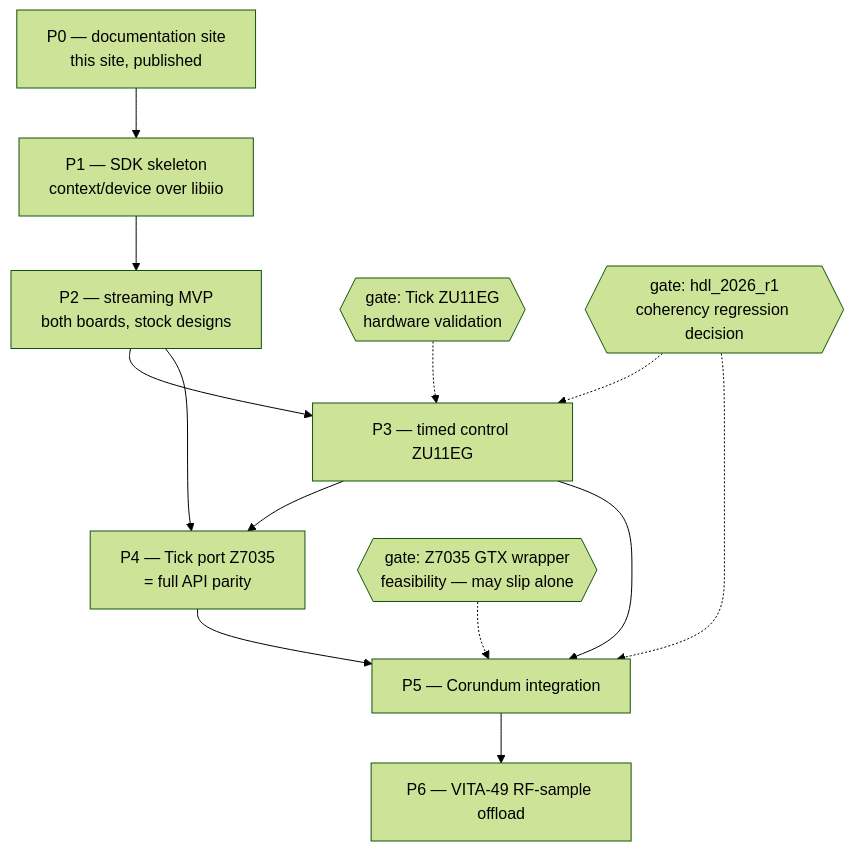
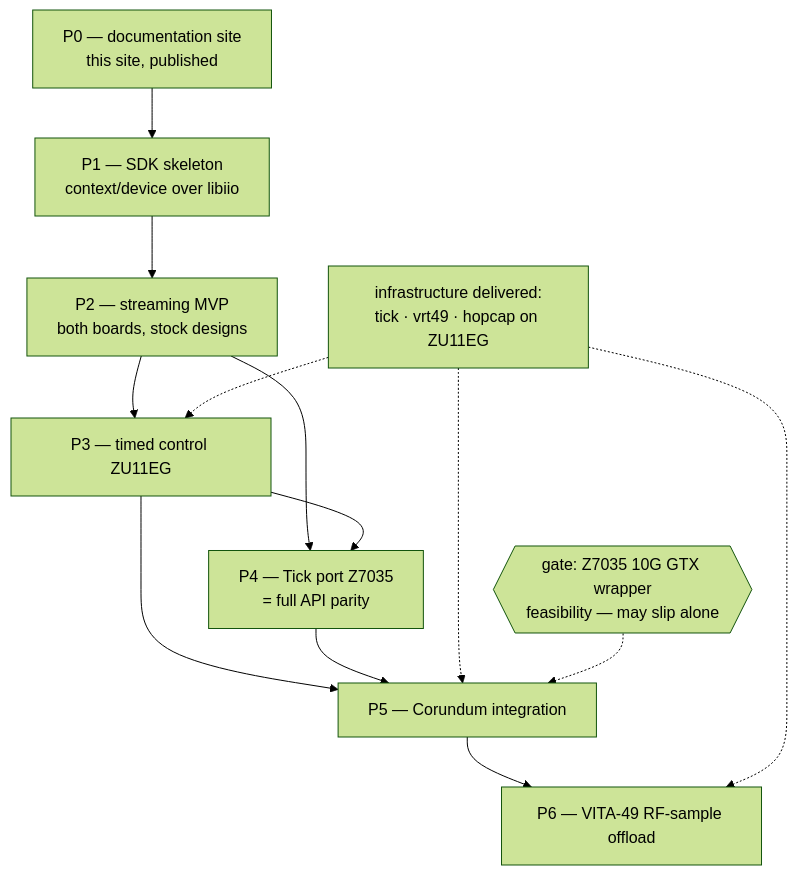
Before and after one commit to tfcollins/datax_sdk_sdr: the diagram in docs/roadmap.md, drawn with Mermaid (forest theme). The commit also changed other lines of this file, not shown here.

Commit message:
docs: re-baseline roadmap on delivered tick, vrt49 and hopcap infrastructure

````diff
--- a/docs/roadmap.md
+++ b/docs/roadmap.md
@@ -9,16 +9,16 @@
 ```{mermaid}
 graph TD
     P0[P0 — documentation site<br/>this site, published] --> P1[P1 — SDK skeleton<br/>context/device over libiio]
     P1 --> P2[P2 — streaming MVP<br/>both boards, stock designs]
     P2 --> P3[P3 — timed control ZU11EG]
     P2 --> P4[P4 — Tick port Z7035<br/>= full API parity]
     P3 --> P4
     P3 --> P5[P5 — Corundum integration]
     P4 --> P5
     P5 --> P6[P6 — VITA-49 RF-sample offload]
 
-    G1{{gate: Tick ZU11EG<br/>hardware validation}} -.-> P3
-    G2{{gate: hdl_2026_r1<br/>coherency regression decision}} -.-> P3
-    G2 -.-> P5
-    G3{{gate: Z7035 GTX wrapper<br/>feasibility — may slip alone}} -.-> P5
+    I[infrastructure delivered:<br/>tick · vrt49 · hopcap on ZU11EG] -.-> P3
+    I -.-> P5
+    I -.-> P6
+    G3{{gate: Z7035 10G GTX wrapper<br/>feasibility — may slip alone}} -.-> P5
 ```
````
